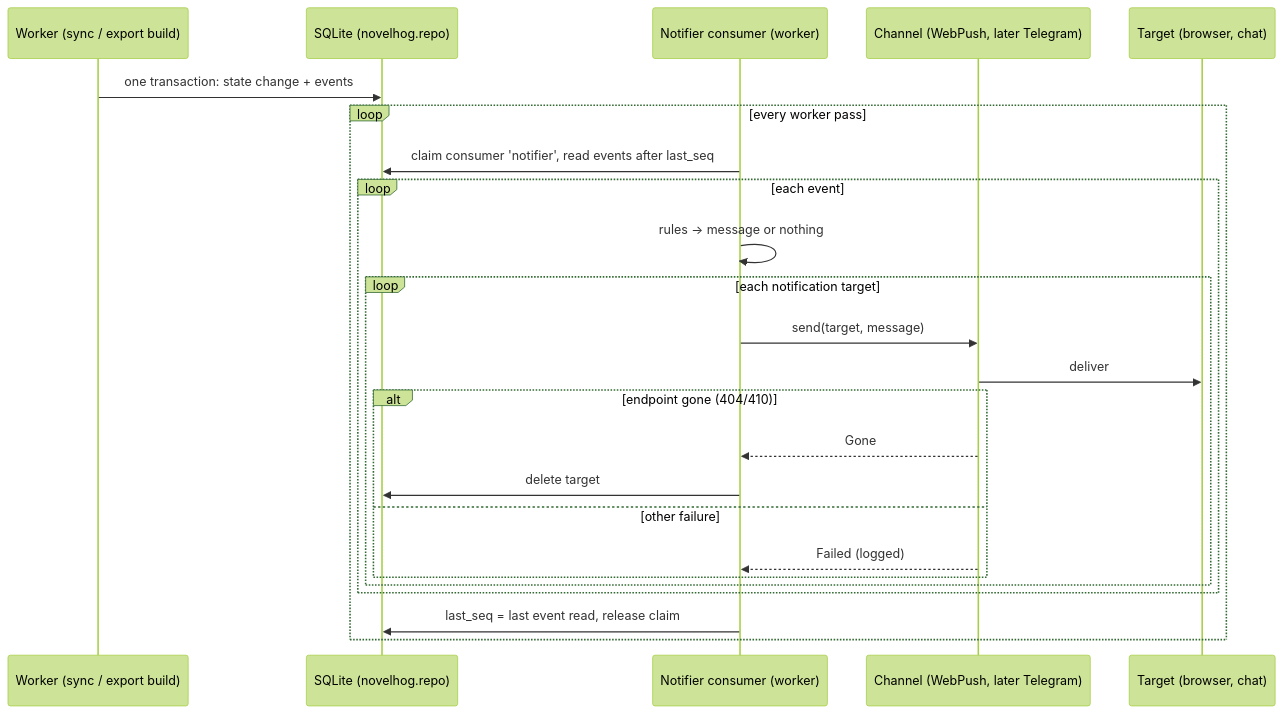
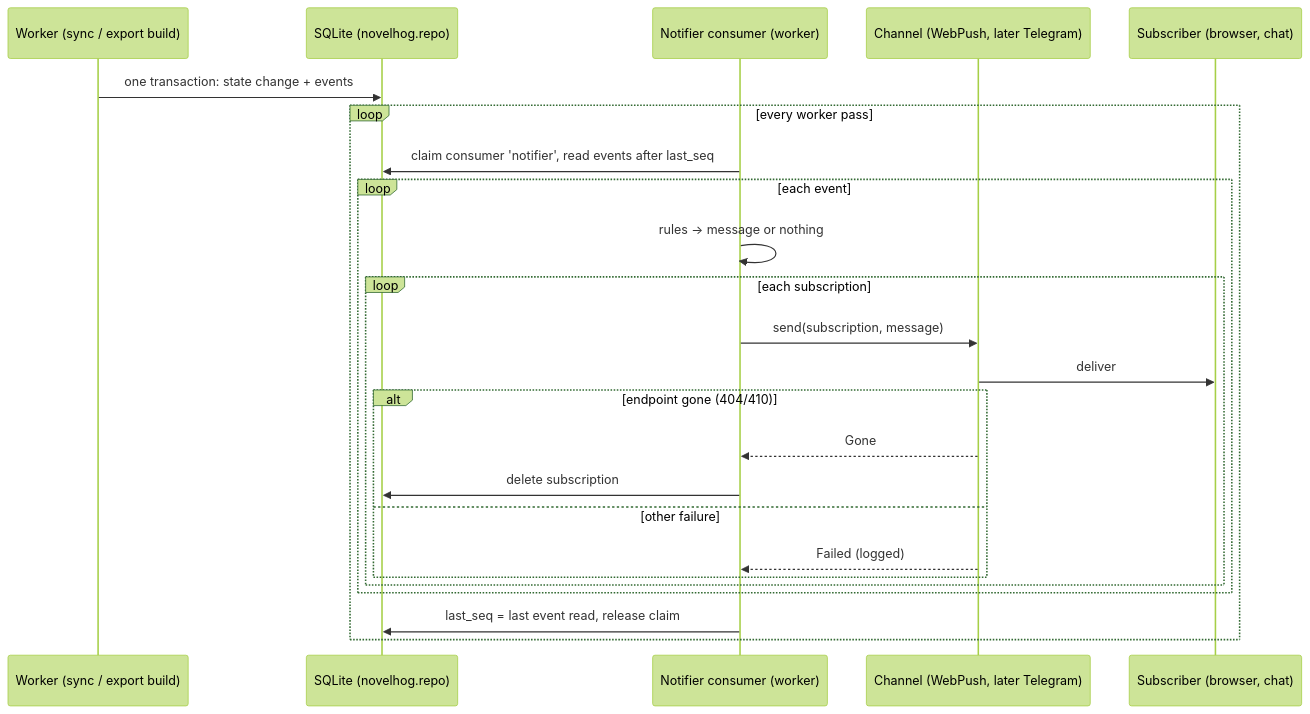
Before and after one commit to t3hk0d3/novelhog: the fourth of 4 diagrams in docs/superpowers/specs/2026-10-18-novelhog-design.md, drawn with Mermaid (forest theme). The commit also changed other lines of this file, not shown here.

First line of the commit message:
docs: rename notification targets to subscriptions

````diff
--- a/docs/superpowers/specs/2026-10-18-novelhog-design.md
+++ b/docs/superpowers/specs/2026-10-18-novelhog-design.md
@@ -732,27 +732,27 @@
 ```mermaid
 sequenceDiagram
     participant W as Worker (sync / export build)
     participant DB as SQLite (novelhog.repo)
     participant N as Notifier consumer (worker)
     participant C as Channel (WebPush, later Telegram)
-    participant T as Target (browser, chat)
+    participant S as Subscriber (browser, chat)
 
     W->>DB: one transaction: state change + events
     loop every worker pass
         N->>DB: claim consumer 'notifier', read events after last_seq
         loop each event
             N->>N: rules → message or nothing
-            loop each notification target
-                N->>C: send(target, message)
-                C->>T: deliver
+            loop each subscription
+                N->>C: send(subscription, message)
+                C->>S: deliver
                 alt endpoint gone (404/410)
                     C-->>N: Gone
-                    N->>DB: delete target
+                    N->>DB: delete subscription
                 else other failure
                     C-->>N: Failed (logged)
                 end
             end
         end
         N->>DB: last_seq = last event read, release claim
     end
 ```
````
